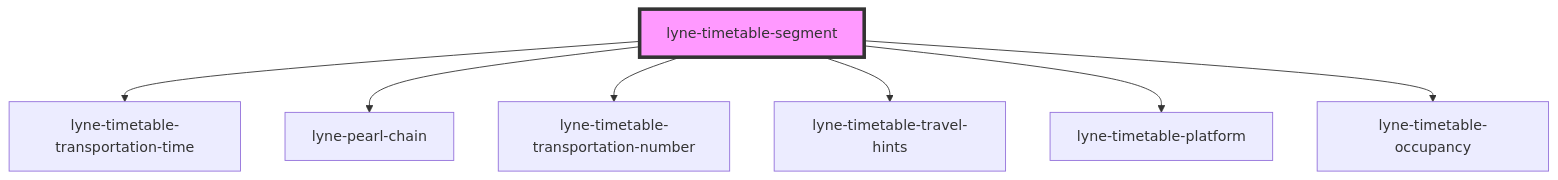
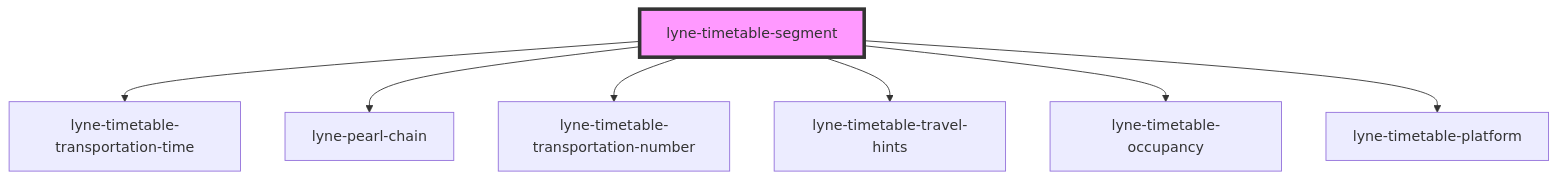
One commit to schlpbch/lyne-components changed the diagram in src/components/lyne-timetable-segment/readme.md. Above: the diagram before and after it, drawn with Mermaid. The commit also changed other lines of this file and 3 other files, not shown here.

Commit message:
feat: working on timetable segment display

````diff
--- a/src/components/lyne-timetable-segment/readme.md
+++ b/src/components/lyne-timetable-segment/readme.md
@@ -27,10 +27,10 @@
 ```mermaid
 graph TD;
   lyne-timetable-segment --> lyne-timetable-transportation-time
   lyne-timetable-segment --> lyne-pearl-chain
   lyne-timetable-segment --> lyne-timetable-transportation-number
   lyne-timetable-segment --> lyne-timetable-travel-hints
+  lyne-timetable-segment --> lyne-timetable-occupancy
   lyne-timetable-segment --> lyne-timetable-platform
-  lyne-timetable-segment --> lyne-timetable-occupancy
   style lyne-timetable-segment fill:#f9f,stroke:#333,stroke-width:4px
 ```
````
